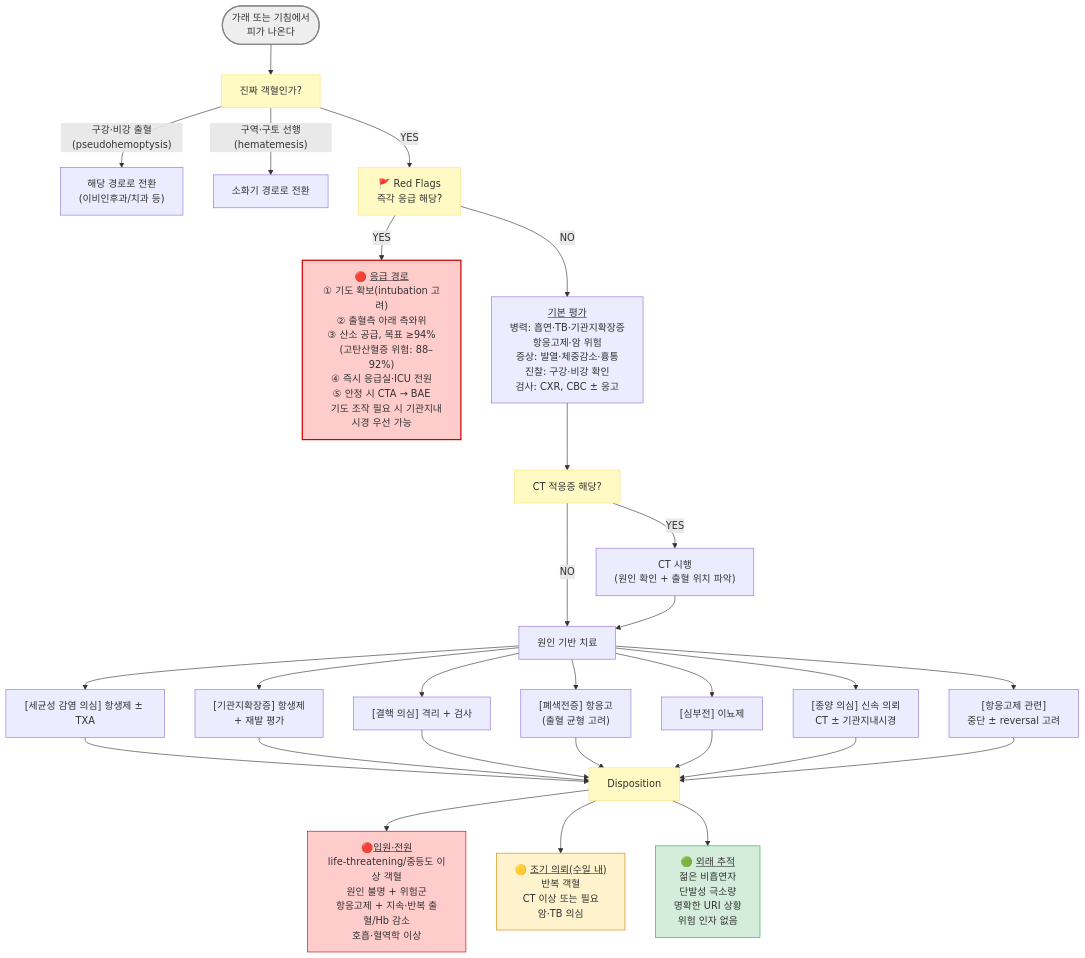
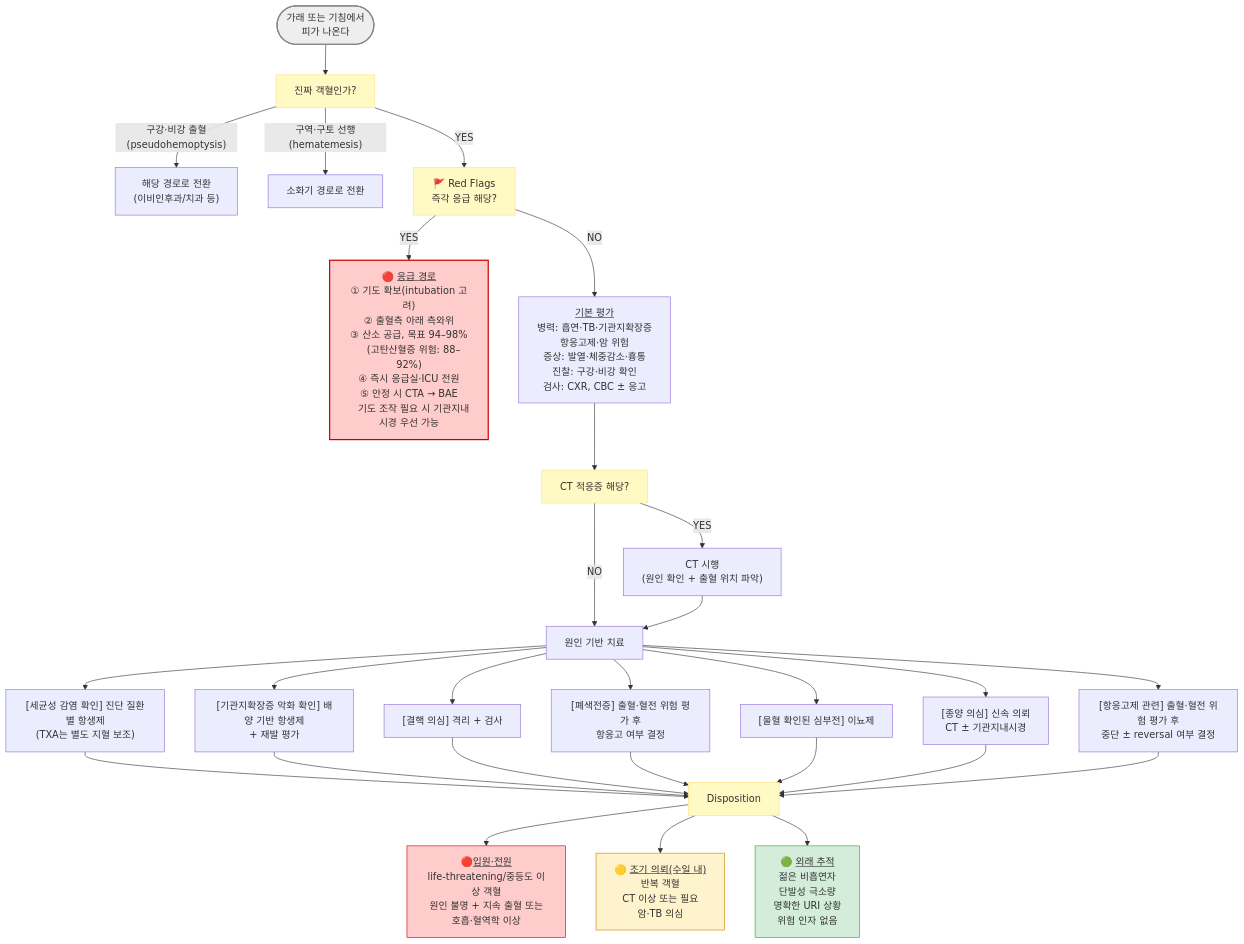
Before and after one commit to familyoh77/familyoh77: the diagram in 220_/008_-hemoptysis.md, drawn with Mermaid. The commit also changed other lines of this file, not shown here.

````diff
--- a/220_/008_-hemoptysis.md
+++ b/220_/008_-hemoptysis.md
@@ -86,44 +97,44 @@
 ```mermaid
 graph TD
     A(["가래 또는 기침에서 <br/>피가 나온다"]) --> B["진짜 객혈인가?"]
     B -- "구강·비강 출혈(pseudohemoptysis)" --> C["해당 경로로 전환<br/>(이비인후과/치과 등)"]
     B -- "구역·구토 선행(hematemesis)" --> D["소화기 경로로 전환"]
     B -- "YES" --> E["🚩 Red Flags<br/>즉각 응급 해당?"]
 
-    E -- "YES" --> F["🔴 <u>응급 경로</u><br/>① 기도 확보(intubation 고려)<br/>② 출혈측 아래 측와위<br/>③ 산소 공급, 목표 ≥94%<br/>   (고탄산혈증 위험: 88–92%)<br/>④ 즉시 응급실·ICU 전원<br/>⑤ 안정 시 CTA → BAE<br/>   기도 조작 필요 시 기관지내시경 우선 가능"]
+    E -- "YES" --> F["🔴 <u>응급 경로</u><br/>① 기도 확보(intubation 고려)<br/>② 출혈측 아래 측와위<br/>③ 산소 공급, 목표 94–98%<br/>   (고탄산혈증 위험: 88–92%)<br/>④ 즉시 응급실·ICU 전원<br/>⑤ 안정 시 CTA → BAE<br/>   기도 조작 필요 시 기관지내시경 우선 가능"]
 
     E -- "NO" --> G["<u>기본 평가</u><br/>병력: 흡연·TB·기관지확장증<br/>       항응고제·암 위험<br/>증상: 발열·체중감소·흉통<br/>진찰: 구강·비강 확인<br/>검사: CXR, CBC ± 응고"]
 
     G --> H["CT 적응증 해당?"]
     H -- "YES" --> I["CT 시행<br/>(원인 확인 + 출혈 위치 파악)"]
     H -- "NO" --> J["원인 기반 치료"]
     I --> J
 
-    J --> J1["[세균성 감염 의심] 항생제 ± TXA"]
-    J --> J2["[기관지확장증] 항생제<br/>+ 재발 평가"]
+    J --> J1["[세균성 감염 확인] 진단 질환별 항생제<br/>(TXA는 별도 지혈 보조)"]
+    J --> J2["[기관지확장증 악화 확인] 배양 기반 항생제<br/>+ 재발 평가"]
     J --> J3["[결핵 의심] 격리 + 검사"]
-    J --> J4["[폐색전증] 항응고<br/>(출혈 균형 고려)"]
-    J --> J5["[심부전] 이뇨제"]
+    J --> J4["[폐색전증] 출혈·혈전 위험 평가 후<br/>항응고 여부 결정"]
+    J --> J5["[울혈 확인된 심부전] 이뇨제"]
     J --> J6["[종양 의심] 신속 의뢰<br/>CT ± 기관지내시경"]
-    J --> J7["[항응고제 관련]<br/>중단 ± reversal 고려"]
+    J --> J7["[항응고제 관련] 출혈·혈전 위험 평가 후<br/>중단 ± reversal 여부 결정"]
 
     J1 & J2 & J3 & J4 & J5 & J6 & J7 --> K["Disposition"]
 
-    K --> K1["🔴<u>입원·전원</u><br/>life-threatening/중등도 이상 객혈<br/>원인 불명 + 위험군<br/>항응고제 + 지속·반복 출혈/Hb 감소<br/>호흡·혈역학 이상"]
+    K --> K1["🔴<u>입원·전원</u><br/>life-threatening/중등도 이상 객혈<br/>원인 불명 + 지속 출혈 또는<br/>호흡·혈역학 이상"]
     K --> K2["🟡 <u>조기 의뢰(수일 내)</u><br/>반복 객혈<br/>CT 이상 또는 필요<br/>암·TB 의심"]
     K --> K3["🟢 <u>외래 추적</u><br/>젊은 비흡연자<br/>단발성 극소량<br/>명확한 URI 상황<br/>위험 인자 없음"]
 
     classDef startNode fill:#eeeeee,stroke:#888888,stroke-width:2px
     classDef question fill:#fff9c4,stroke:#ffe082
     classDef emergency fill:#ffcccc,stroke:#cc0000,stroke-width:2px
     classDef admit fill:#ffcccc,stroke:#cc0000,stroke-width:1px
     classDef urgent fill:#fff3cd,stroke:#cc8800,stroke-width:1px
     classDef routine fill:#d4edda,stroke:#28a745,stroke-width:1px
 
     class A startNode
     class B,E,H,K question
     class F emergency
     class K1 admit
     class K2 urgent
     class K3 routine
 ```
````
